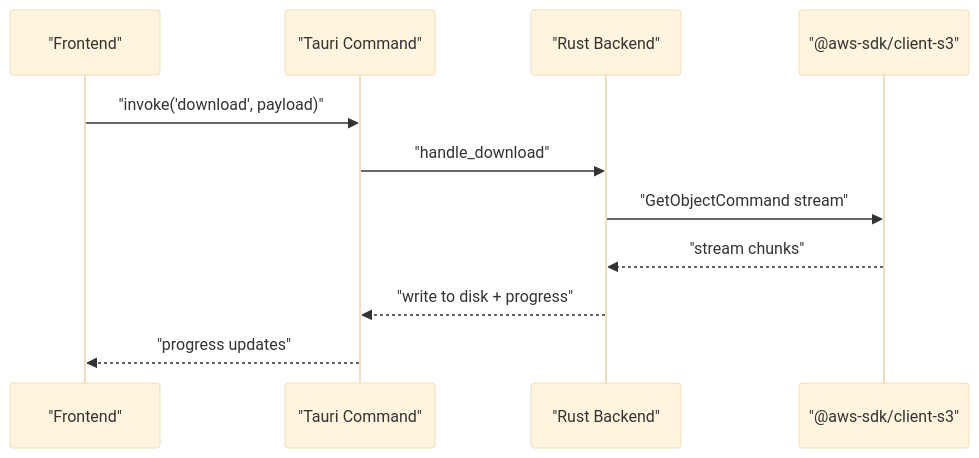
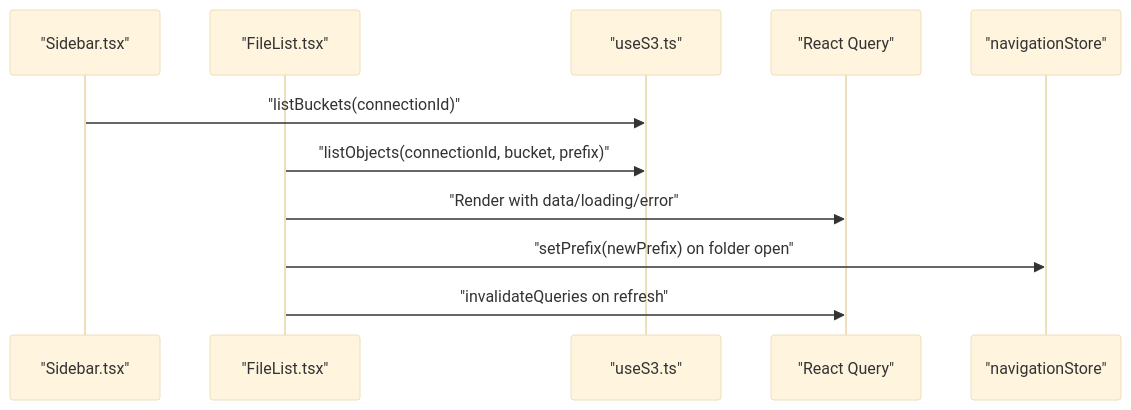
Before and after one commit to nasrulhadi/s3-explorer: the sixth of 9 diagrams in .qoder/repowiki/en/content/Core Features/File Operations.md, drawn with Mermaid (base theme). The commit also changed other lines of this file and 46 other files, not shown here.

````diff
--- a/.qoder/repowiki/en/content/Core Features/File Operations.md
+++ b/.qoder/repowiki/en/content/Core Features/File Operations.md
@@ -289,13 +235,13 @@
 ```mermaid
 sequenceDiagram
-participant UI as "Frontend"
-participant Tauri as "Tauri Command"
-participant RS as "Rust Backend"
-participant S3 as "@aws-sdk/client-s3"
-UI->>Tauri : "invoke('download', payload)"
-Tauri->>RS : "handle_download"
-RS->>S3 : "GetObjectCommand stream"
-S3-->>RS : "stream chunks"
-RS-->>Tauri : "write to disk + progress"
-Tauri-->>UI : "progress updates"
+participant Sidebar as "Sidebar.tsx"
+participant FileList as "FileList.tsx"
+participant useS3 as "useS3.ts"
+participant Store as "React Query"
+participant Nav as "navigationStore"
+Sidebar->>useS3 : "listBuckets(connectionId)"
+FileList->>useS3 : "listObjects(connectionId, bucket, prefix)"
+FileList->>Store : "Render with data/loading/error"
+FileList->>Nav : "setPrefix(newPrefix) on folder open"
+FileList->>Store : "invalidateQueries on refresh"
 ```
````
